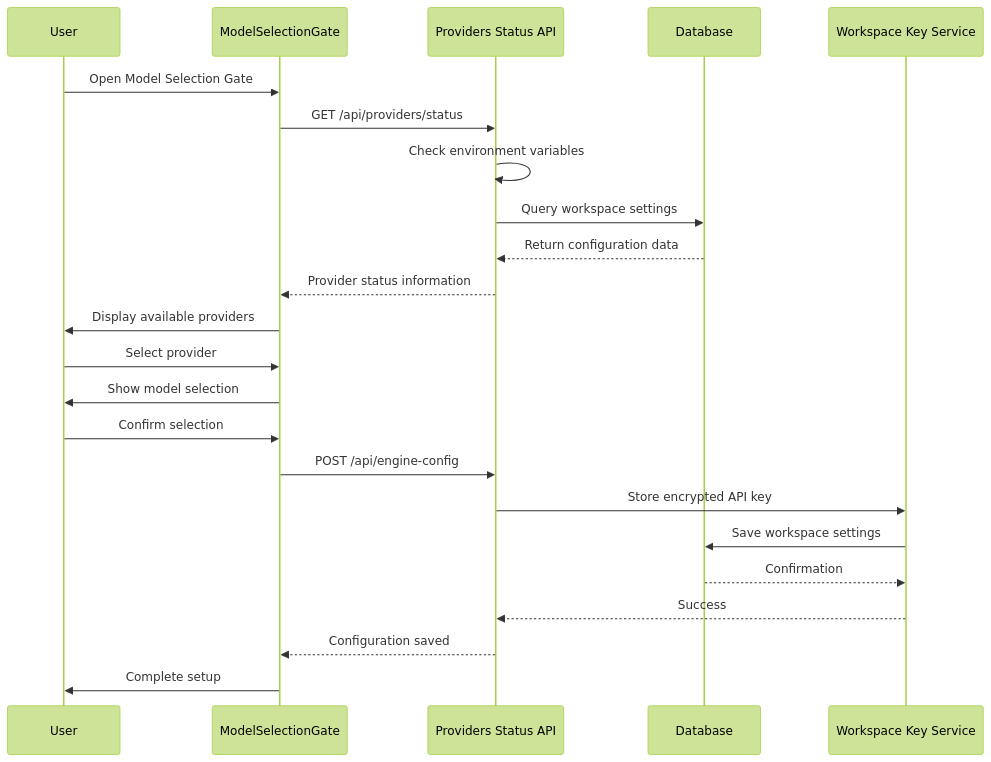
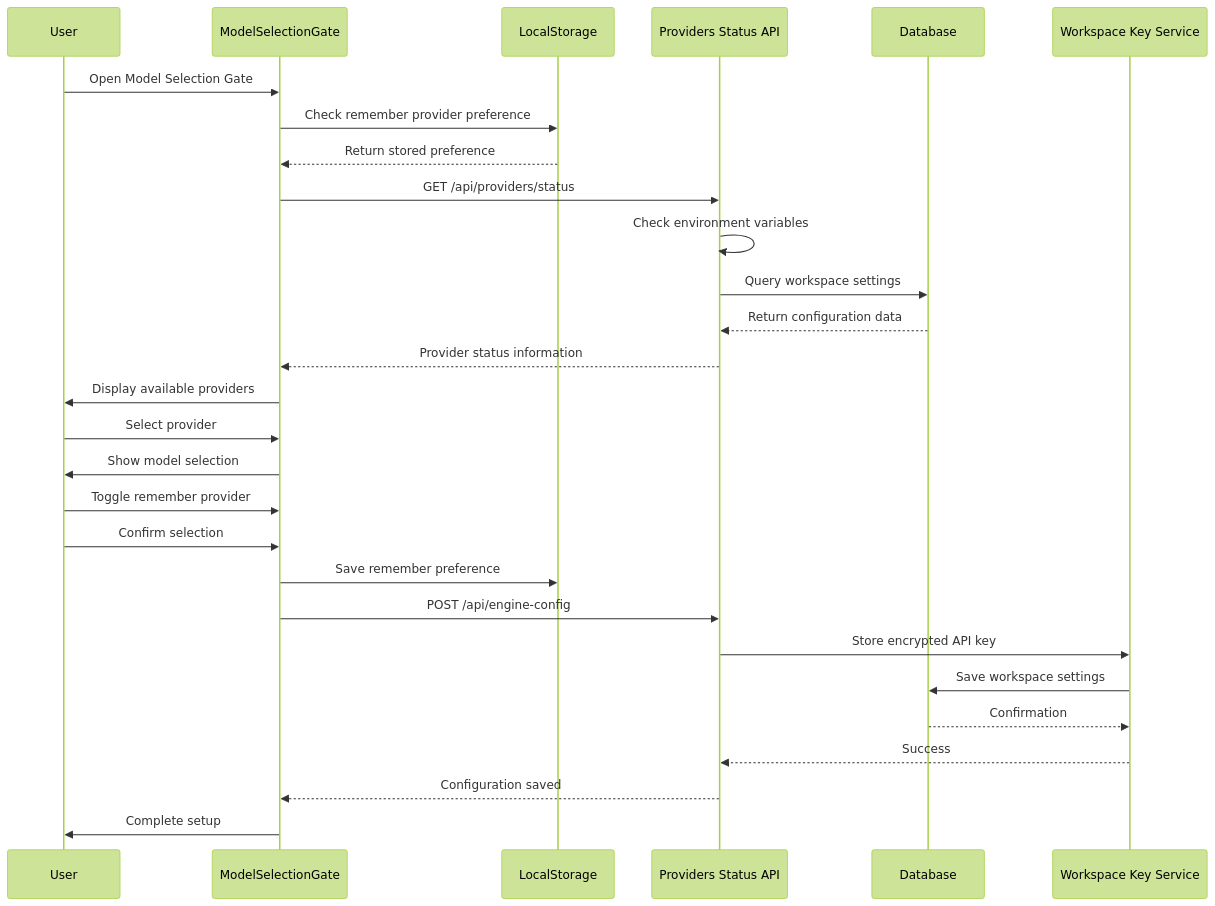
Before and after one commit to shekhargiri005-dotcom/AI-powered-accessibility-first-UI-engine: the second of 5 diagrams in .qoder/repowiki/en/content/Model Selection Gate.md, drawn with Mermaid (forest theme). The commit also changed other lines of this file and 22 other files, not shown here.

````diff
--- a/.qoder/repowiki/en/content/Model Selection Gate.md
+++ b/.qoder/repowiki/en/content/Model Selection Gate.md
@@ -114,25 +124,30 @@
 ```mermaid
 sequenceDiagram
 participant User as User
 participant MSG as ModelSelectionGate
+participant LS as LocalStorage
 participant API as Providers Status API
 participant DB as Database
 participant KeySvc as Workspace Key Service
 User->>MSG : Open Model Selection Gate
+MSG->>LS : Check remember provider preference
+LS-->>MSG : Return stored preference
 MSG->>API : GET /api/providers/status
 API->>API : Check environment variables
 API->>DB : Query workspace settings
 DB-->>API : Return configuration data
 API-->>MSG : Provider status information
 MSG->>User : Display available providers
 User->>MSG : Select provider
 MSG->>User : Show model selection
+User->>MSG : Toggle remember provider
 User->>MSG : Confirm selection
+MSG->>LS : Save remember preference
 MSG->>API : POST /api/engine-config
 API->>KeySvc : Store encrypted API key
 KeySvc->>DB : Save workspace settings
 DB-->>KeySvc : Confirmation
 KeySvc-->>API : Success
 API-->>MSG : Configuration saved
 MSG->>User : Complete setup
 ```
````
